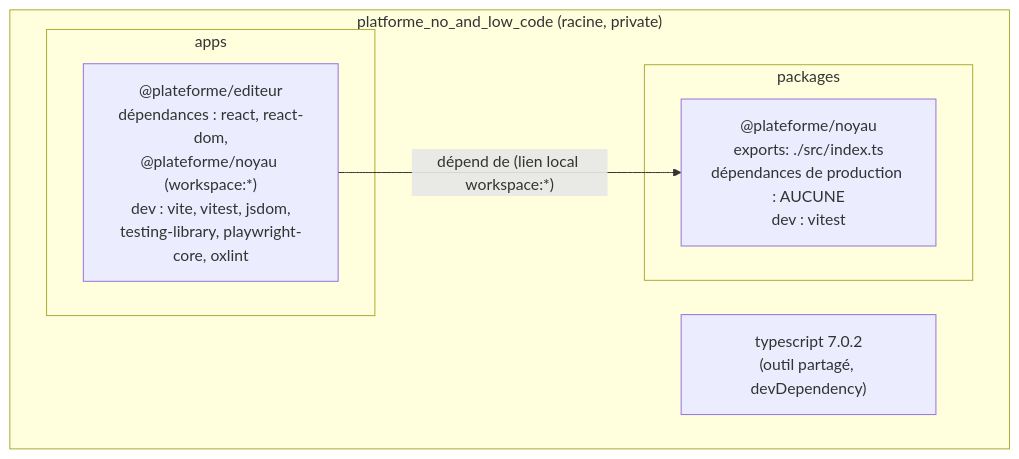
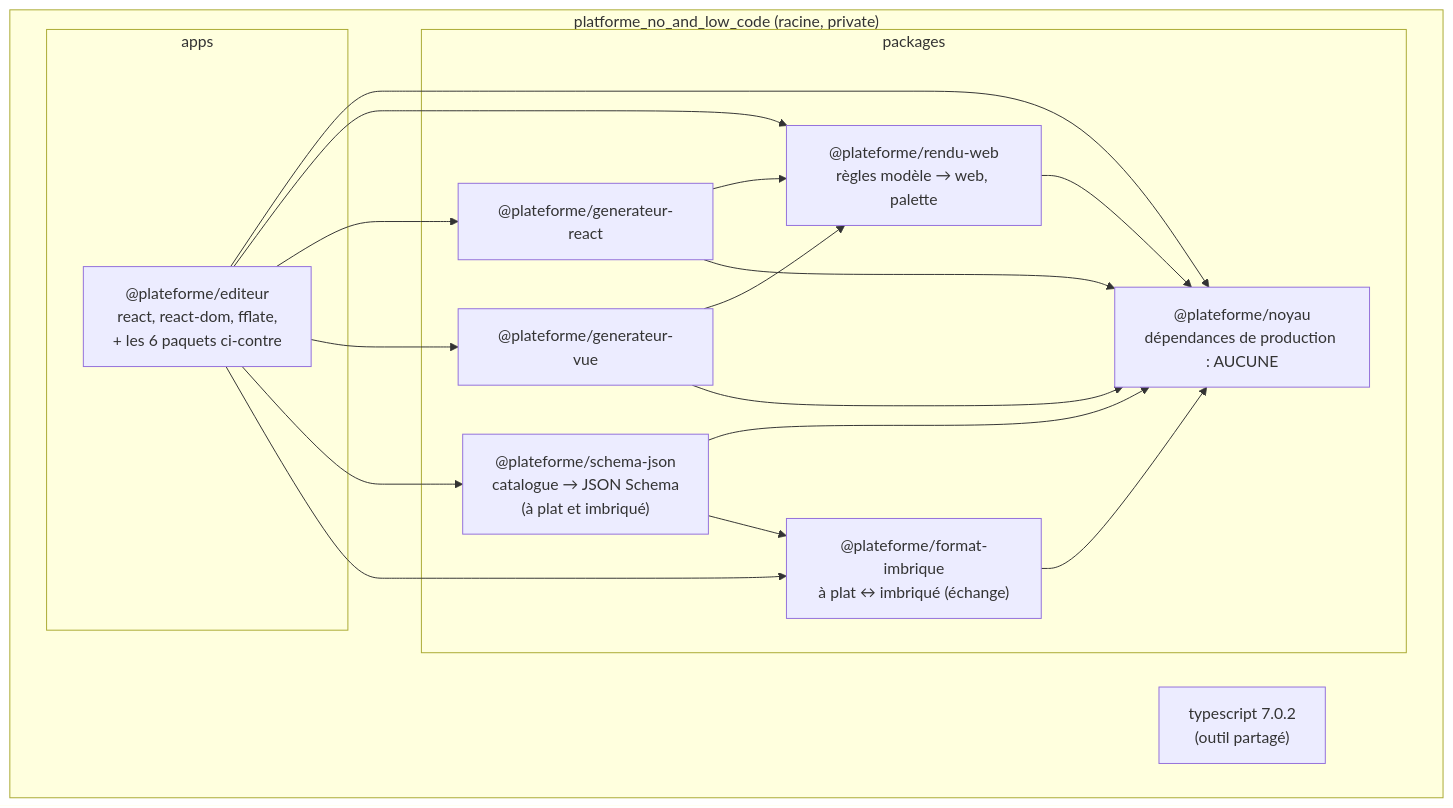
The diagram in docs/reference/diagrammes/03-paquetages-monodepot.mmd (JuveHeydene/PivotCode), drawn with Mermaid before and after one commit. The commit also changed 249 other files, not shown here.

```diff
--- a/docs/reference/diagrammes/03-paquetages-monodepot.mmd
+++ b/docs/reference/diagrammes/03-paquetages-monodepot.mmd
@@ -1,11 +1,29 @@
 flowchart TB
     subgraph racine["platforme_no_and_low_code (racine, private)"]
-        TS["typescript 7.0.2<br/>(outil partagé, devDependency)"]
+        TS["typescript 7.0.2<br/>(outil partagé)"]
         subgraph packages
-            NOYAU["@plateforme/noyau<br/>exports: ./src/index.ts<br/>dépendances de production : AUCUNE<br/>dev : vitest"]
+            NOYAU["@plateforme/noyau<br/>dépendances de production : AUCUNE"]
+            RW["@plateforme/rendu-web<br/>règles modèle → web, palette"]
+            GR["@plateforme/generateur-react"]
+            GV["@plateforme/generateur-vue"]
+            FI["@plateforme/format-imbrique<br/>à plat ↔ imbriqué (échange)"]
+            SJ["@plateforme/schema-json<br/>catalogue → JSON Schema<br/>(à plat et imbriqué)"]
         end
         subgraph apps
-            EDIT["@plateforme/editeur<br/>dépendances : react, react-dom,<br/>@plateforme/noyau (workspace:*)<br/>dev : vite, vitest, jsdom,<br/>testing-library, playwright-core, oxlint"]
+            EDIT["@plateforme/editeur<br/>react, react-dom, fflate,<br/>+ les 6 paquets ci-contre"]
         end
     end
-    EDIT -- "dépend de (lien local workspace:*)" --> NOYAU
+    RW --> NOYAU
+    GR --> RW
+    GR --> NOYAU
+    GV --> RW
+    GV --> NOYAU
+    EDIT --> NOYAU
+    EDIT --> RW
+    EDIT --> GR
+    EDIT --> GV
+    EDIT --> SJ
+    SJ --> NOYAU
+    SJ --> FI
+    FI --> NOYAU
+    EDIT --> FI
```
